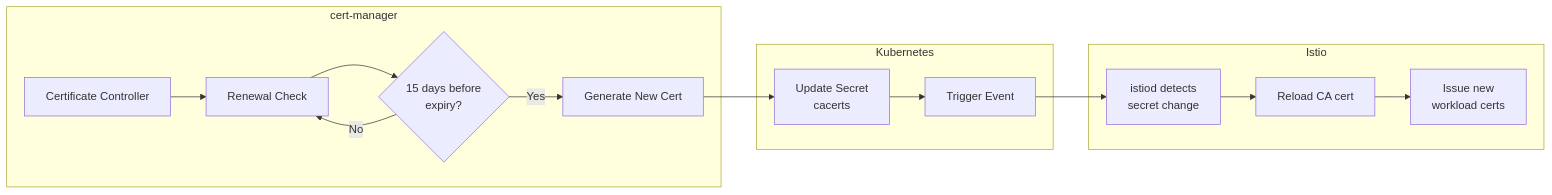
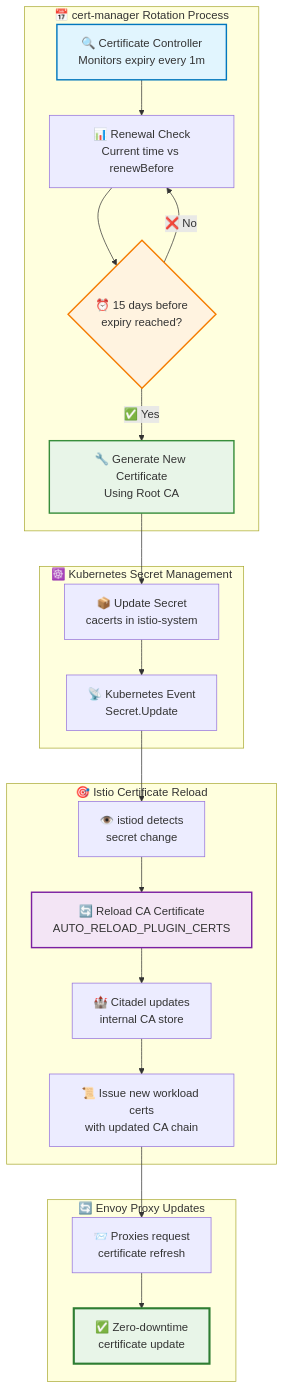
One commit to tetratelabs/venafi-demo changed the fourth of 4 diagrams in README.md. Above: the diagram before and after it, drawn with Mermaid. The commit also changed other lines of this file and 4 other files, not shown here.

First line of the commit message:
Update certificate architecture diagrams and workflow

````diff
--- a/README.md
+++ b/README.md
@@ -288,20 +354,44 @@
 ```mermaid
-graph LR
-    subgraph "cert-manager"
-        A[Certificate Controller] --> B[Renewal Check]
-        B --> C{15 days before<br/>expiry?}
-        C -->|Yes| D[Generate New Cert]
-        C -->|No| B
+graph TD
+    subgraph "📅 cert-manager Rotation Process"
+        A["🔍 Certificate Controller<br/>Monitors expiry every 1m"] 
+        B["📊 Renewal Check<br/>Current time vs renewBefore"]
+        C{"⏰ 15 days before<br/>expiry reached?"}
+        D["🔧 Generate New Certificate<br/>Using Root CA"]
+        A --> B
+        B --> C
+        C -->|❌ No| B
+        C -->|✅ Yes| D
     end
     
-    subgraph "Kubernetes"
-        D --> E[Update Secret<br/>cacerts]
-        E --> F[Trigger Event]
+    subgraph "☸️ Kubernetes Secret Management"
+        E["📦 Update Secret<br/>cacerts in istio-system"]
+        F["📡 Kubernetes Event<br/>Secret.Update"]
+        D --> E
+        E --> F
     end
     
-    subgraph "Istio"
-        F --> G[istiod detects<br/>secret change]
-        G --> H[Reload CA cert]
-        H --> I[Issue new<br/>workload certs]
+    subgraph "🎯 Istio Certificate Reload"
+        G["👁️ istiod detects<br/>secret change"]
+        H["🔄 Reload CA Certificate<br/>AUTO_RELOAD_PLUGIN_CERTS"]
+        I["🏰 Citadel updates<br/>internal CA store"]
+        J["📜 Issue new workload certs<br/>with updated CA chain"]
+        F --> G
+        G --> H
+        H --> I
+        I --> J
     end
+    
+    subgraph "🔄 Envoy Proxy Updates"
+        K["📨 Proxies request<br/>certificate refresh"]
+        L["✅ Zero-downtime<br/>certificate update"]
+        J --> K
+        K --> L
+    end
+
+    style A fill:#e1f5fe,stroke:#0277bd,stroke-width:2px
+    style C fill:#fff3e0,stroke:#f57c00,stroke-width:2px
+    style D fill:#e8f5e8,stroke:#388e3c,stroke-width:2px
+    style H fill:#f3e5f5,stroke:#7b1fa2,stroke-width:2px
+    style L fill:#e8f5e8,stroke:#2e7d32,stroke-width:3px
 ```
````
